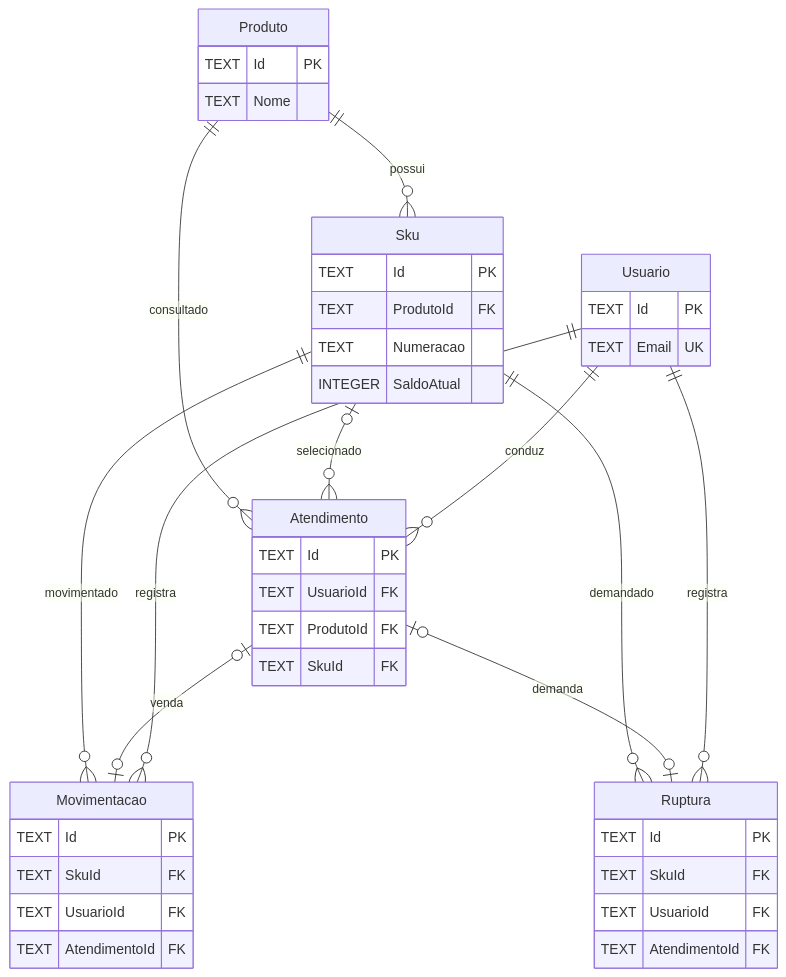
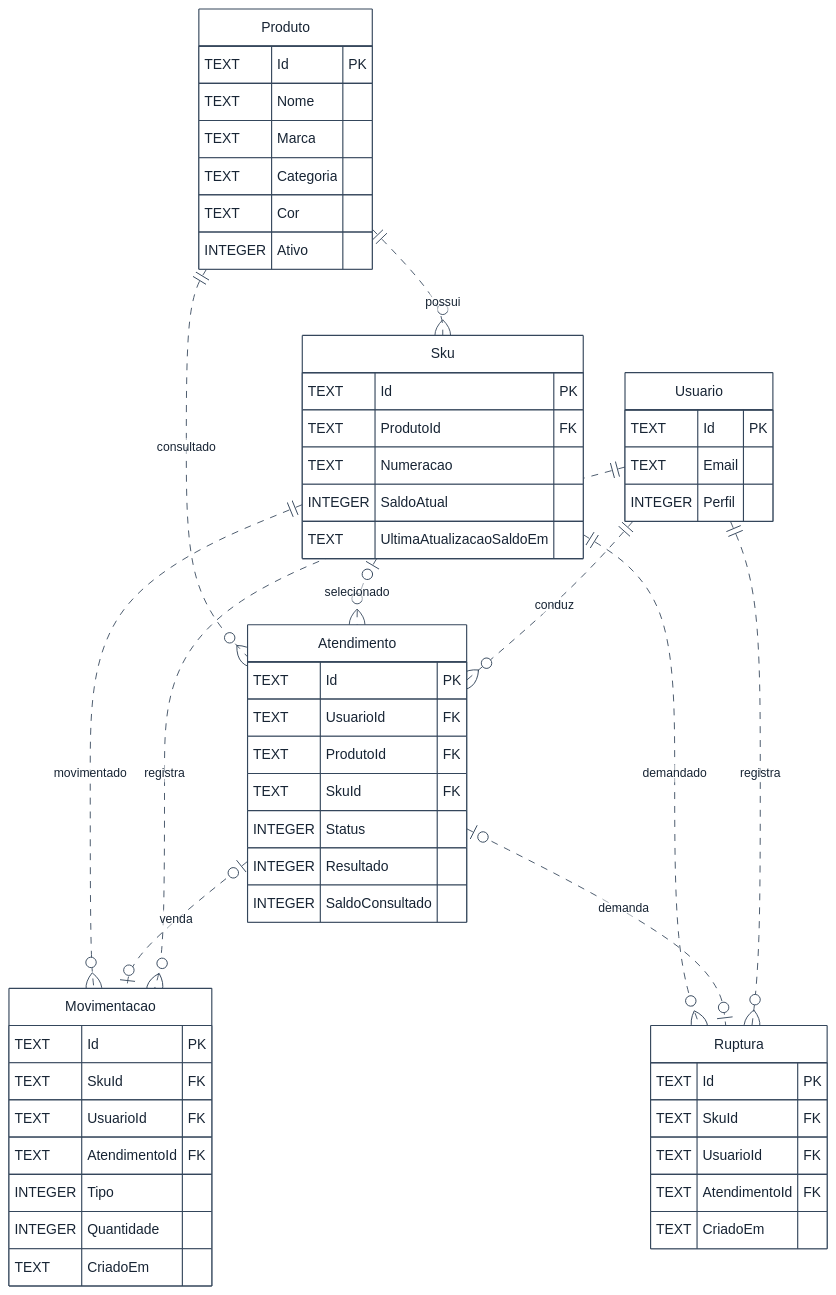
The diagram in docs/06-uml/der/der-catalogo-atendimento.mmd (CodeWitch00/SQUAD-estoque), drawn with Mermaid before and after one commit. The commit also changed 18 other files, not shown here.

Commit message:
docs(uml): consolida diagramas e figuras da monografia

```diff
--- a/docs/06-uml/der/der-catalogo-atendimento.mmd
+++ b/docs/06-uml/der/der-catalogo-atendimento.mmd
@@ -1,52 +1,73 @@
 ---
 config:
+  theme: base
+  themeVariables:
+    background: "#ffffff"
+    primaryColor: "#ffffff"
+    primaryTextColor: "#172434"
+    primaryBorderColor: "#34465b"
+    lineColor: "#34465b"
+    fontFamily: "Arial"
   er:
     layoutDirection: TB
-    nodeSpacing: 90
-    rankSpacing: 90
-    diagramPadding: 12
+    nodeSpacing: 48
+    rankSpacing: 55
+    diagramPadding: 10
 ---
 erDiagram
-    Produto ||--o{ Sku : possui
-    Produto ||--o{ Atendimento : consultado
-    Sku o|--o{ Atendimento : selecionado
-    Sku ||--o{ Movimentacao : movimentado
-    Sku ||--o{ Ruptura : demandado
-    Atendimento o|--o| Movimentacao : venda
-    Atendimento o|--o| Ruptura : demanda
-    Usuario ||--o{ Atendimento : conduz
-    Usuario ||--o{ Movimentacao : registra
-    Usuario ||--o{ Ruptura : registra
+    Produto ||..o{ Sku : possui
+    Produto ||..o{ Atendimento : consultado
+    Sku o|..o{ Atendimento : selecionado
+    Sku ||..o{ Movimentacao : movimentado
+    Sku ||..o{ Ruptura : demandado
+    Atendimento o|..o| Movimentacao : venda
+    Atendimento o|..o| Ruptura : demanda
+    Usuario ||..o{ Atendimento : conduz
+    Usuario ||..o{ Movimentacao : registra
+    Usuario ||..o{ Ruptura : registra
 
     Produto {
         TEXT Id PK
         TEXT Nome
+        TEXT Marca
+        TEXT Categoria
+        TEXT Cor
+        INTEGER Ativo
     }
     Sku {
         TEXT Id PK
         TEXT ProdutoId FK
         TEXT Numeracao
         INTEGER SaldoAtual
+        TEXT UltimaAtualizacaoSaldoEm
     }
     Usuario {
         TEXT Id PK
-        TEXT Email UK
+        TEXT Email
+        INTEGER Perfil
     }
     Atendimento {
         TEXT Id PK
         TEXT UsuarioId FK
         TEXT ProdutoId FK
         TEXT SkuId FK
+        INTEGER Status
+        INTEGER Resultado
+        INTEGER SaldoConsultado
     }
     Movimentacao {
         TEXT Id PK
         TEXT SkuId FK
         TEXT UsuarioId FK
         TEXT AtendimentoId FK
+        INTEGER Tipo
+        INTEGER Quantidade
+        TEXT CriadoEm
     }
     Ruptura {
         TEXT Id PK
         TEXT SkuId FK
         TEXT UsuarioId FK
         TEXT AtendimentoId FK
+        TEXT CriadoEm
     }
```
